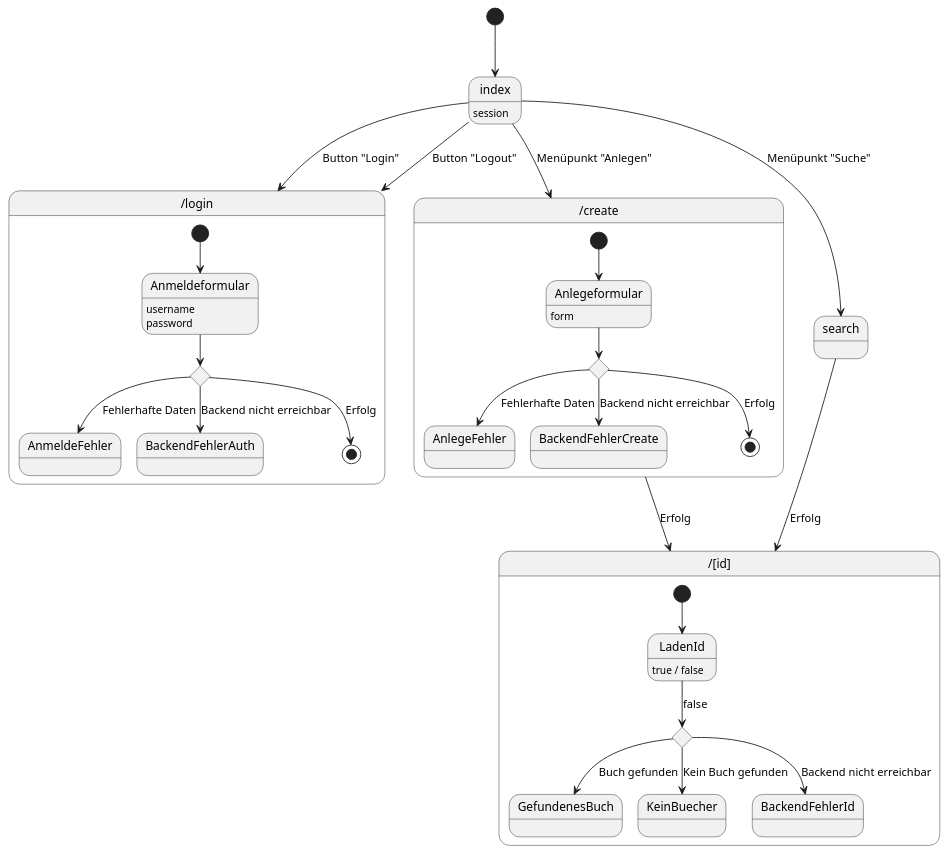
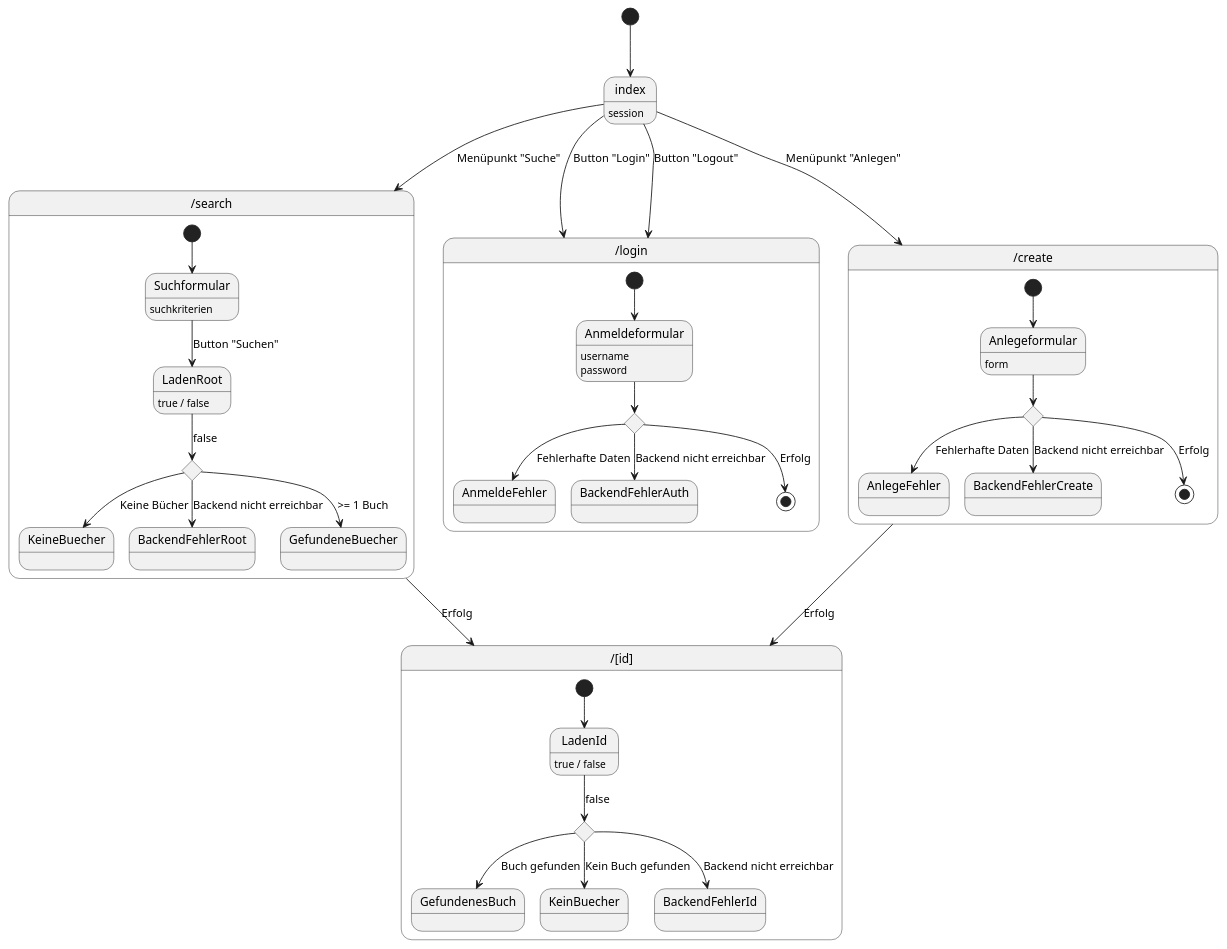
One commit to melu1025/Buch_remix changed the diagram in extras/entwicklerhandbuch/zustandsdiagramm.plantuml. Above: the diagram before and after it, drawn with PlantUML.

Commit message:
style:  update state diagram

```diff
--- a/extras/entwicklerhandbuch/zustandsdiagramm.plantuml
+++ b/extras/entwicklerhandbuch/zustandsdiagramm.plantuml
@@ -1,48 +1,64 @@
 @startuml Zustandsdiagramm
 
 [*] --> index
 index: session
+state "/search" as search {
 
+    state Suchergebnis <<choice>>
+
+    [*] --> Suchformular
+     Suchformular: suchkriterien
+        LadenRoot: true / false
+        state Suchergebnis <<choice>>
+
+
+        Suchformular --> LadenRoot: Button "Suchen"
+        LadenRoot --> Suchergebnis: false
+        Suchergebnis --> KeineBuecher: Keine Bücher
+        Suchergebnis --> BackendFehlerRoot: Backend nicht erreichbar
+        Suchergebnis --> GefundeneBuecher: >= 1 Buch
+
+}
 state "/login" as auth {
     Anmeldeformular: username
     Anmeldeformular: password
     state Anmeldergebnis <<choice>>
 
     [*] --> Anmeldeformular
     Anmeldeformular --> Anmeldergebnis
     Anmeldergebnis --> AnmeldeFehler: Fehlerhafte Daten
     Anmeldergebnis --> BackendFehlerAuth: Backend nicht erreichbar
     Anmeldergebnis --> [*]: Erfolg
 }
 
 state "/create" as create {
     Anlegeformular: form
     state Anmeldeergebnis <<choice>>
 
     [*] --> Anlegeformular
     Anlegeformular --> Anmeldeergebnis
     Anmeldeergebnis --> AnlegeFehler: Fehlerhafte Daten
     Anmeldeergebnis --> BackendFehlerCreate: Backend nicht erreichbar
     Anmeldeergebnis --> [*]: Erfolg
 }
 
 state "/[id]" as id {
     LadenId: true / false
     state Ladeergebnis <<choice>>
 
     [*] --> LadenId
     LadenId --> Ladeergebnis: false
     Ladeergebnis --> GefundenesBuch: Buch gefunden
     Ladeergebnis --> KeinBuecher: Kein Buch gefunden
     Ladeergebnis --> BackendFehlerId: Backend nicht erreichbar
 }
 
 index --> auth: Button "Login"
 index --> auth: Button "Logout"
 index --> create: Menüpunkt "Anlegen"
 index --> search: Menüpunkt "Suche"
 create --> id: Erfolg
 search --> id: Erfolg
 
 
 @enduml
```
